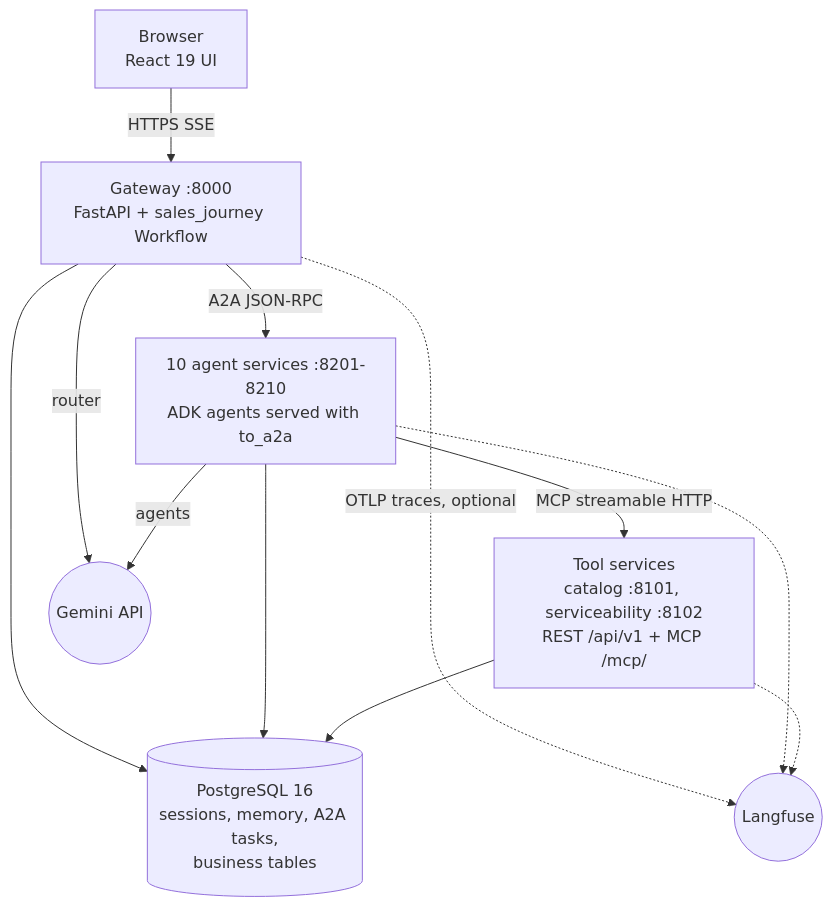
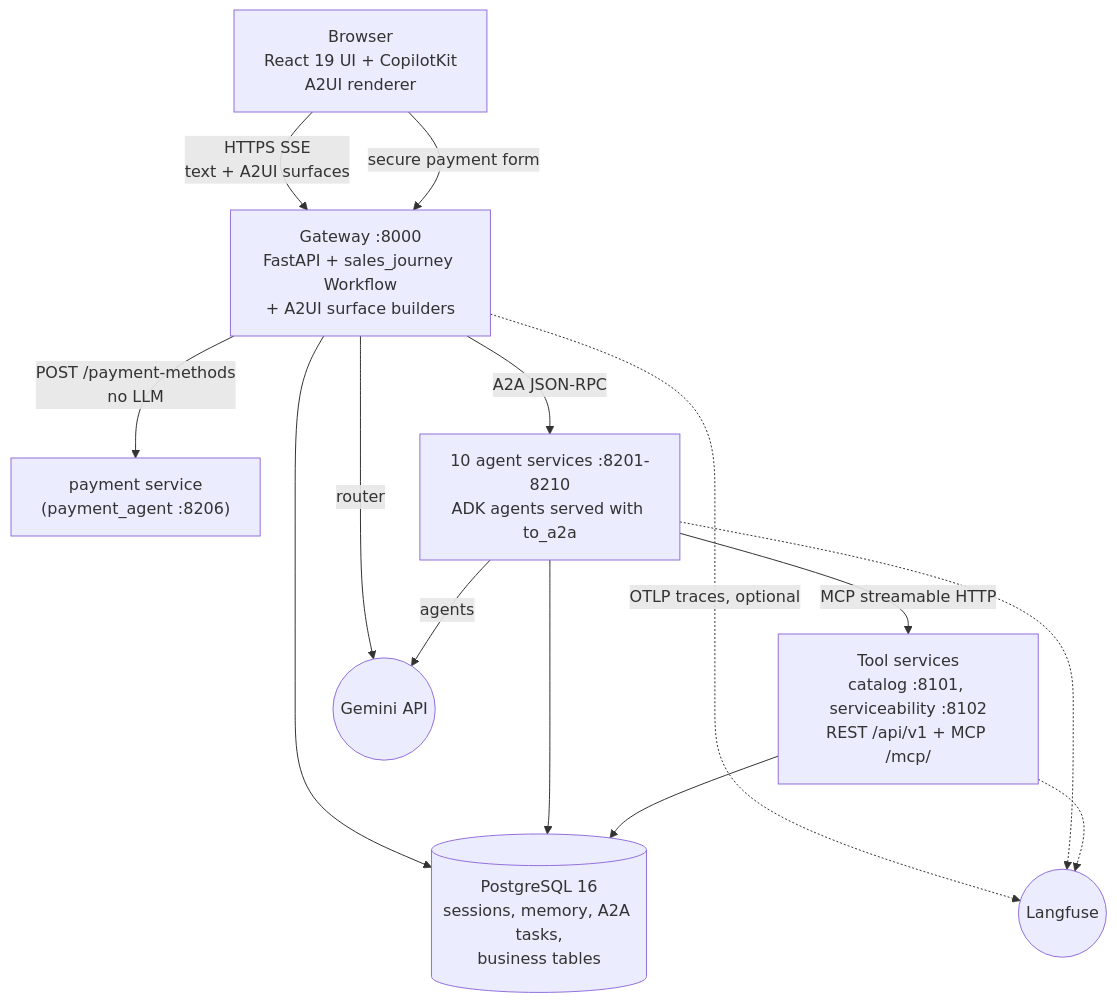
Before and after one commit to sudhamanc/ConversationalSalesAgent: the first of 5 diagrams in README.md, drawn with Mermaid. The commit also changed other lines of this file and 74 other files, not shown here.

````diff
--- a/README.md
+++ b/README.md
@@ -22,14 +30,16 @@
 ```mermaid
 graph TD
-    USER["Browser<br/>React 19 UI"] -->|HTTPS SSE| GW["Gateway :8000<br/>FastAPI + sales_journey Workflow"]
+    USER["Browser<br/>React 19 UI + CopilotKit<br/>A2UI renderer"] -->|HTTPS SSE<br/>text + A2UI surfaces| GW["Gateway :8000<br/>FastAPI + sales_journey Workflow<br/>+ A2UI surface builders"]
+    USER -->|secure payment form| GW
+    GW -->|POST /payment-methods<br/>no LLM| PAYS["payment service<br/>(payment_agent :8206)"]
     GW -->|A2A JSON-RPC| AG["10 agent services :8201-8210<br/>ADK agents served with to_a2a"]
     AG -->|MCP streamable HTTP| TS["Tool services<br/>catalog :8101, serviceability :8102<br/>REST /api/v1 + MCP /mcp/"]
     GW --> PG[("PostgreSQL 16<br/>sessions, memory, A2A tasks,<br/>business tables")]
     AG --> PG
     TS --> PG
     GW -->|router| GEM(("Gemini API"))
     AG -->|agents| GEM
     GW -.->|OTLP traces, optional| LF(("Langfuse"))
     AG -.-> LF
     TS -.-> LF
 ```
````
